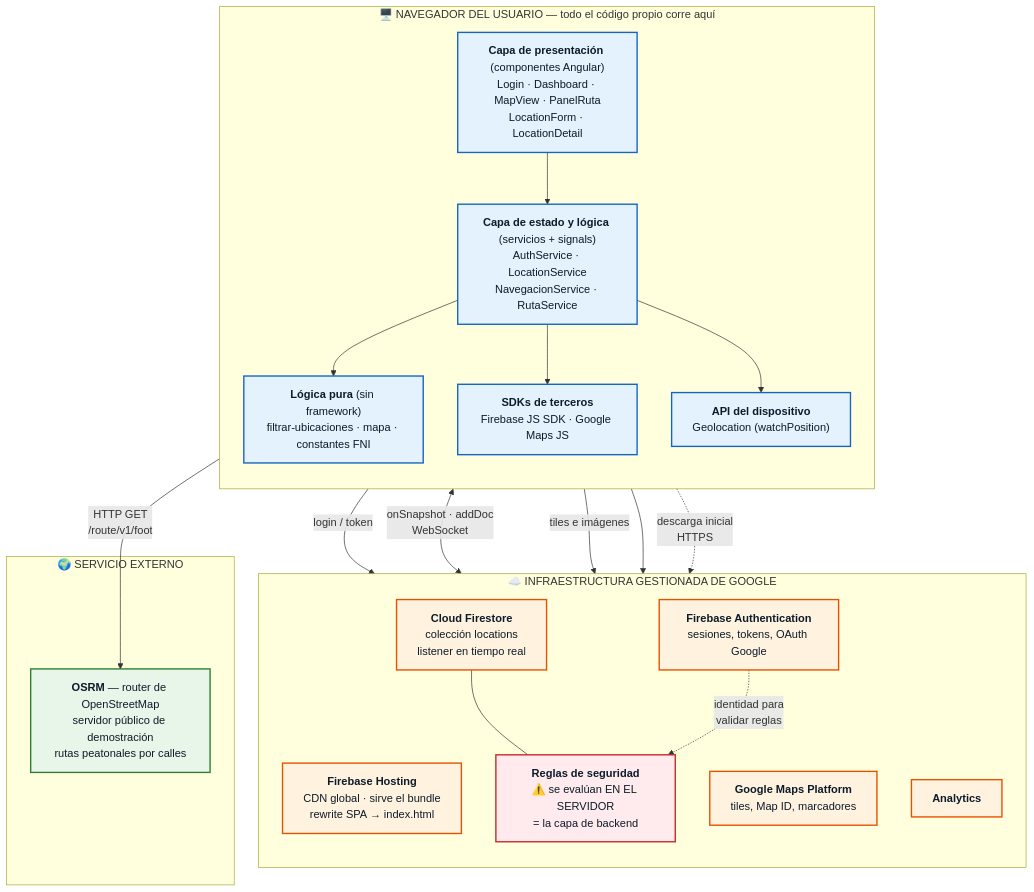
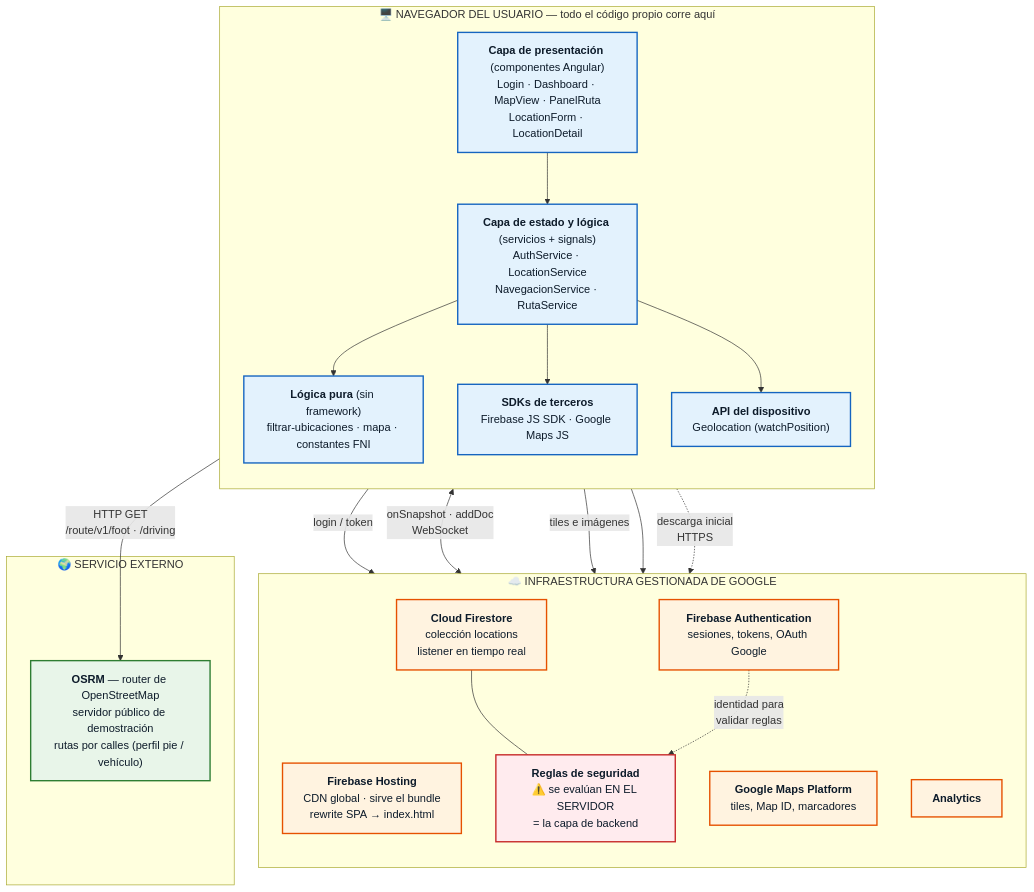
Before and after one commit to Roberto9292/zFNI-2026: the diagram in README.md, drawn with Mermaid. The commit also changed other lines of this file and 5 other files, not shown here.

First line of the commit message:
feat(ruta): permite recorrer el campus a pie o en vehículo

````diff
--- a/README.md
+++ b/README.md
@@ -194,47 +210,47 @@
 ```mermaid
 graph TB
     subgraph NAV["🖥️ NAVEGADOR DEL USUARIO — todo el código propio corre aquí"]
         direction TB
         UI["<b>Capa de presentación</b> (componentes Angular)<br/>Login · Dashboard · MapView · PanelRuta<br/>LocationForm · LocationDetail"]
         SRV["<b>Capa de estado y lógica</b> (servicios + signals)<br/>AuthService · LocationService<br/>NavegacionService · RutaService"]
         PURE["<b>Lógica pura</b> (sin framework)<br/>filtrar-ubicaciones · mapa · constantes FNI"]
         SDK["<b>SDKs de terceros</b><br/>Firebase JS SDK · Google Maps JS"]
         GPS["<b>API del dispositivo</b><br/>Geolocation (watchPosition)"]
         UI --> SRV
         SRV --> PURE
         SRV --> SDK
         SRV --> GPS
     end
 
     subgraph GOOGLE["☁️ INFRAESTRUCTURA GESTIONADA DE GOOGLE"]
         direction TB
         HOST["<b>Firebase Hosting</b><br/>CDN global · sirve el bundle<br/>rewrite SPA → index.html"]
         AUTH["<b>Firebase Authentication</b><br/>sesiones, tokens, OAuth Google"]
         FS["<b>Cloud Firestore</b><br/>colección locations<br/>listener en tiempo real"]
         RULES["<b>Reglas de seguridad</b><br/>⚠️ se evalúan EN EL SERVIDOR<br/>= la capa de backend"]
         MAPS["<b>Google Maps Platform</b><br/>tiles, Map ID, marcadores"]
         AN["<b>Analytics</b>"]
         FS --- RULES
     end
 
     subgraph EXT["🌍 SERVICIO EXTERNO"]
-        OSRM["<b>OSRM</b> — router de OpenStreetMap<br/>servidor público de demostración<br/>rutas peatonales por calles"]
+        OSRM["<b>OSRM</b> — router de OpenStreetMap<br/>servidor público de demostración<br/>rutas por calles (perfil pie / vehículo)"]
     end
 
     NAV -.->|"descarga inicial<br/>HTTPS"| HOST
     SDK -->|"login / token"| AUTH
     SDK <-->|"onSnapshot · addDoc<br/>WebSocket"| FS
     SDK -->|"tiles e imágenes"| MAPS
     SDK --> AN
-    SRV -->|"HTTP GET<br/>/route/v1/foot"| OSRM
+    SRV -->|"HTTP GET<br/>/route/v1/foot · /driving"| OSRM
     AUTH -.->|"identidad para<br/>validar reglas"| RULES
 
     classDef cliente fill:#e3f2fd,stroke:#1565c0,stroke-width:2px,color:#0d1b2a
     classDef google fill:#fff3e0,stroke:#e65100,stroke-width:2px,color:#0d1b2a
     classDef externo fill:#e8f5e9,stroke:#2e7d32,stroke-width:2px,color:#0d1b2a
     classDef seguridad fill:#ffebee,stroke:#c62828,stroke-width:2px,color:#0d1b2a
     class UI,SRV,PURE,SDK,GPS cliente
     class HOST,AUTH,FS,MAPS,AN google
     class OSRM externo
     class RULES seguridad
 ```
````
